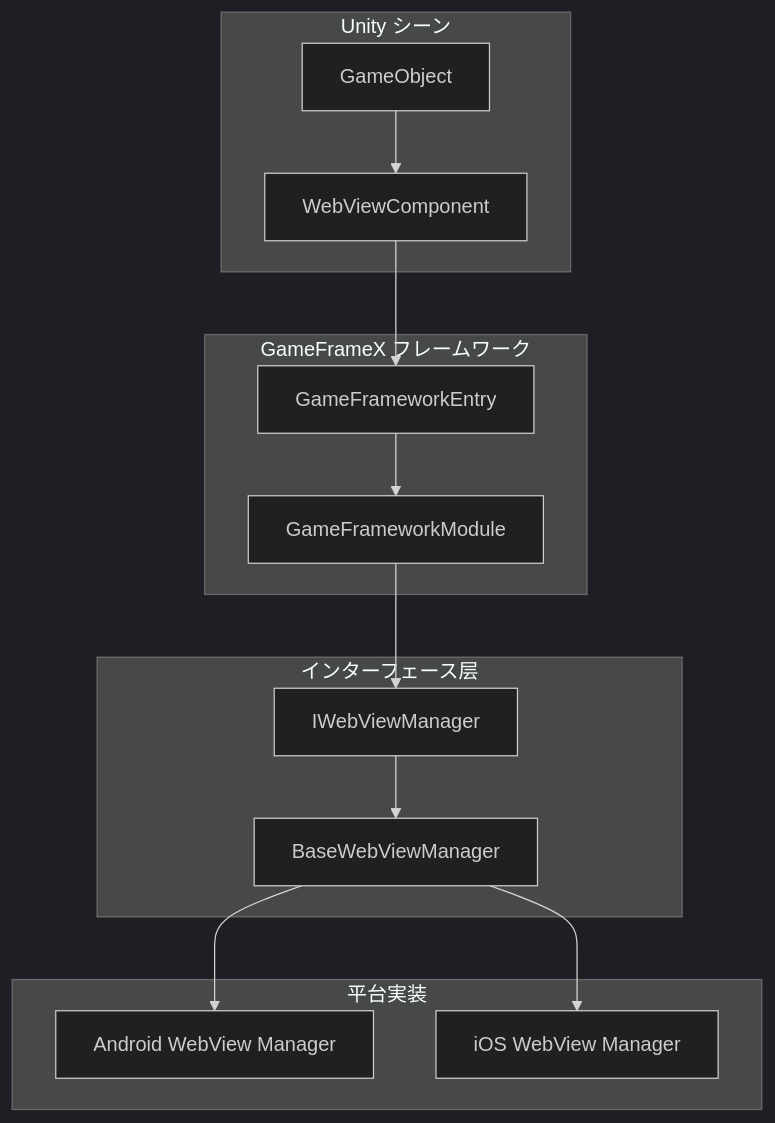
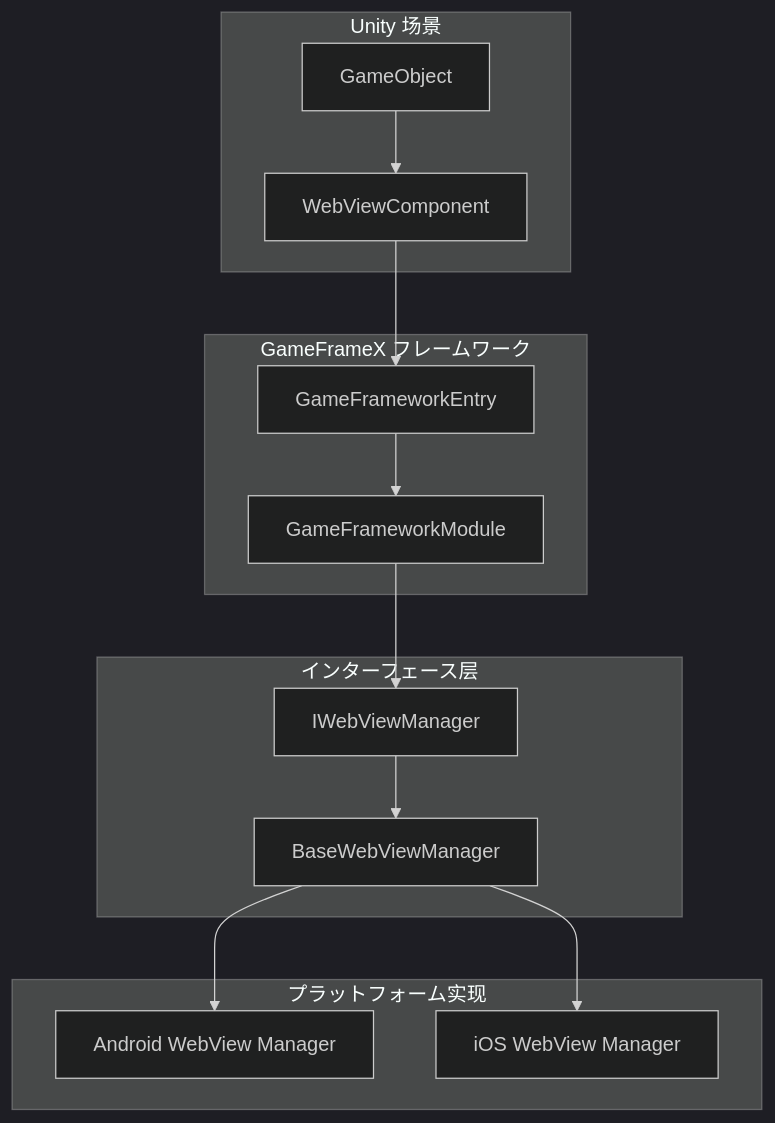
One commit to AlianBlank/GameFrameX.Docs changed the second of 3 diagrams in docs/ja/client/unity/component/webview/07.troubleshooting.md. Above: the diagram before and after it, drawn with Mermaid (dark theme). The commit also changed other lines of this file and 320 other files, not shown here.

````diff
--- a/docs/ja/client/unity/component/webview/07.troubleshooting.md
+++ b/docs/ja/client/unity/component/webview/07.troubleshooting.md
@@ -239,30 +239,30 @@
 ```mermaid
 graph TD
-    subgraph Unity["Unity シーン"]
+    subgraph Unity["Unity 场景"]
         GameObj[GameObject]
         WVC[WebViewComponent]
     end
     
     subgraph GameFrameX["GameFrameX フレームワーク"]
         GFEntry[GameFrameworkEntry]
         GFModule[GameFrameworkModule]
     end
     
     subgraph Interface["インターフェース层"]
         IWM[IWebViewManager]
         BWM[BaseWebViewManager]
     end
     
-    subgraph Platform["平台実装"]
+    subgraph Platform["プラットフォーム实现"]
         AndroidWM[Android WebView Manager]
         iOSWM[iOS WebView Manager]
     end
     
     GameObj --> WVC
     WVC --> GFEntry
     GFEntry --> GFModule
     GFModule --> IWM
     IWM --> BWM
     BWM --> AndroidWM
     BWM --> iOSWM
 ```
````
